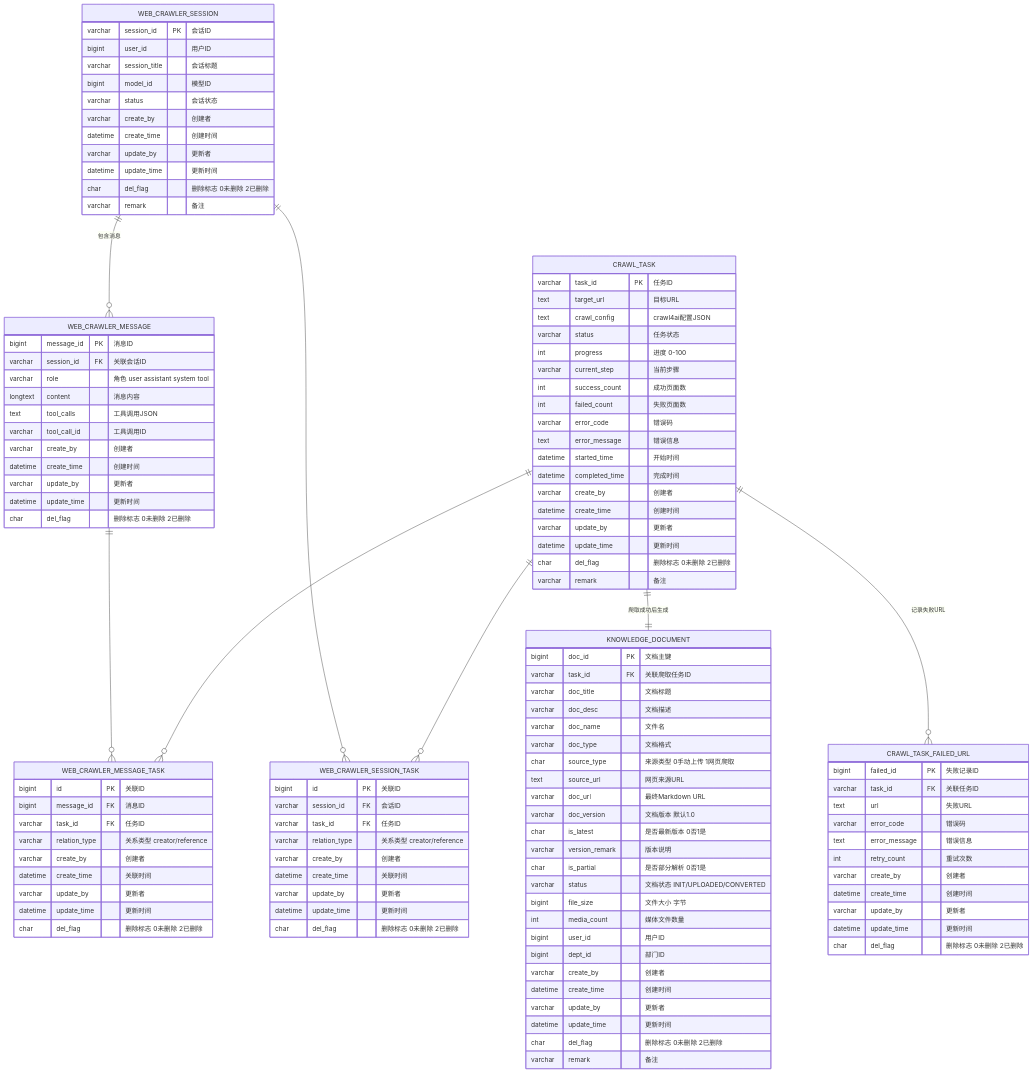
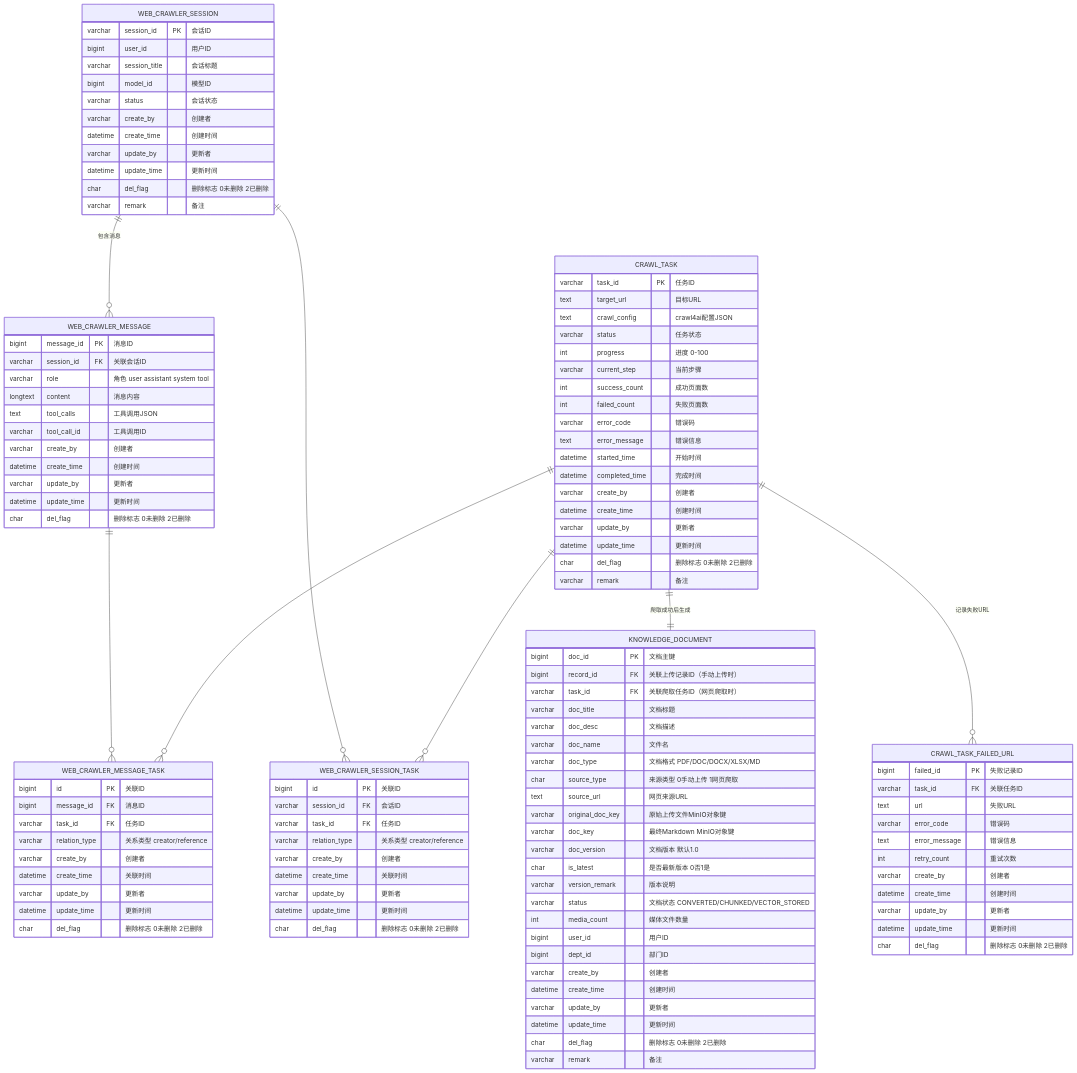
Before and after one commit to jiangwch03/knowledge: the third of 3 diagrams in docs/rag/网页爬取Agent需求设计.md, drawn with Mermaid. The commit also changed other lines of this file and 201 other files, not shown here.

```diff
--- a/docs/rag/网页爬取Agent需求设计.md
+++ b/docs/rag/网页爬取Agent需求设计.md
@@ -389,20 +610,20 @@
 erDiagram
     KNOWLEDGE_DOCUMENT {
         bigint doc_id PK "文档主键"
-        varchar task_id FK "关联爬取任务ID"
+        bigint record_id FK "关联上传记录ID（手动上传时）"
+        varchar task_id FK "关联爬取任务ID（网页爬取时）"
         varchar doc_title "文档标题"
         varchar doc_desc "文档描述"
         varchar doc_name "文件名"
-        varchar doc_type "文档格式"
+        varchar doc_type "文档格式 PDF/DOC/DOCX/XLSX/MD"
         char source_type "来源类型 0手动上传 1网页爬取"
         text source_url "网页来源URL"
-        varchar doc_url "最终Markdown URL"
+        varchar original_doc_key "原始上传文件MinIO对象键"
+        varchar doc_key "最终Markdown MinIO对象键"
         varchar doc_version "文档版本 默认1.0"
         char is_latest "是否最新版本 0否1是"
         varchar version_remark "版本说明"
-        char is_partial "是否部分解析 0否1是"
-        varchar status "文档状态 INIT/UPLOADED/CONVERTED"
-        bigint file_size "文件大小 字节"
+        varchar status "文档状态 CONVERTED/CHUNKED/VECTOR_STORED"
         int media_count "媒体文件数量"
         bigint user_id "用户ID"
         bigint dept_id "部门ID"
```
